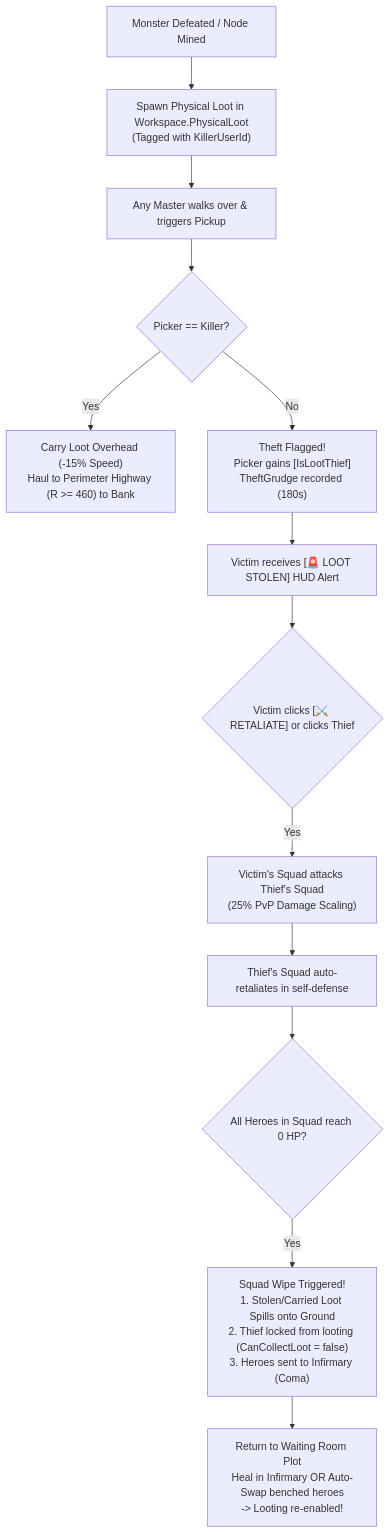
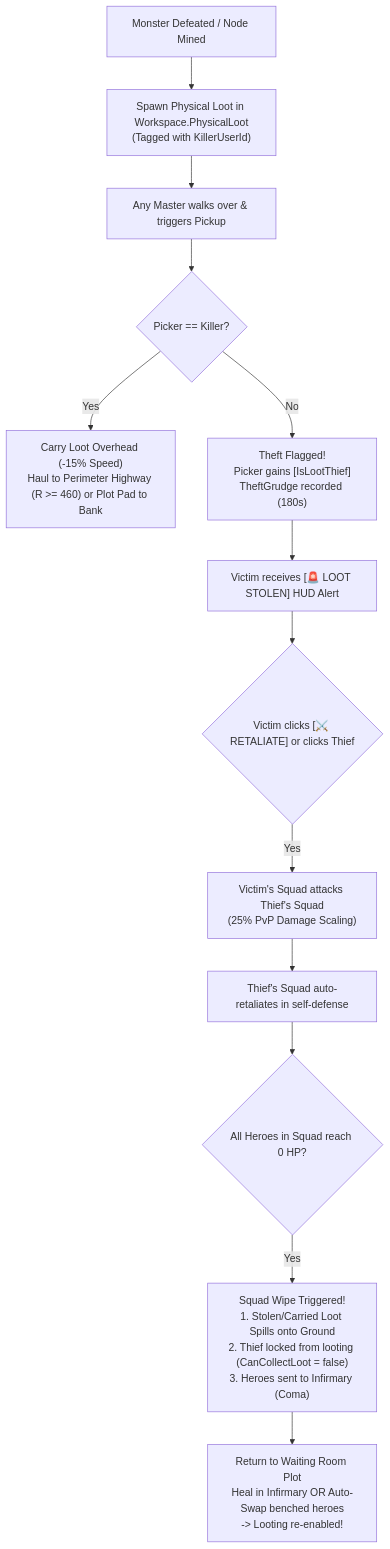
The diagram in PROTOTYPE_DOCUMENTATION.md (Zaimoo/infinite-tower), drawn with Mermaid before and after one commit. The commit also changed other lines of this file and 5 other files, not shown here.

First line of the commit message:
docs: align game design, architecture, economy, and UI docs with current implementation

````diff
--- a/PROTOTYPE_DOCUMENTATION.md
+++ b/PROTOTYPE_DOCUMENTATION.md
@@ -109,20 +155,20 @@
 ```mermaid
 flowchart TD
     MobDeath["Monster Defeated / Node Mined"] --> PhysicalDrop["Spawn Physical Loot in Workspace.PhysicalLoot\n(Tagged with KillerUserId)"]
     PhysicalDrop --> Pickup["Any Master walks over & triggers Pickup"]
     Pickup --> CheckOwner{"Picker == Killer?"}
     
-    CheckOwner -- Yes --> HaulCargo["Carry Loot Overhead (-15% Speed)\nHaul to Perimeter Highway (R >= 460) to Bank"]
+    CheckOwner -- Yes --> HaulCargo["Carry Loot Overhead (-15% Speed)\nHaul to Perimeter Highway (R >= 460) or Plot Pad to Bank"]
     CheckOwner -- No --> LootTheft["Theft Flagged!\nPicker gains [IsLootThief]\nTheftGrudge recorded (180s)"]
     
     LootTheft --> VictimAlert["Victim receives [🚨 LOOT STOLEN] HUD Alert"]
     VictimAlert --> RetaliateAction{"Victim clicks [⚔️ RETALIATE] or clicks Thief"}
     
     RetaliateAction -- Yes --> PvPEngage["Victim's Squad attacks Thief's Squad\n(25% PvP Damage Scaling)"]
     PvPEngage --> MutualDefense["Thief's Squad auto-retaliates in self-defense"]
     
     MutualDefense --> SquadKnockout{"All Heroes in Squad reach 0 HP?"}
     SquadKnockout -- Yes --> SquadWipe["Squad Wipe Triggered!\n1. Stolen/Carried Loot Spills onto Ground\n2. Thief locked from looting (CanCollectLoot = false)\n3. Heroes sent to Infirmary (Coma)"]
     
     SquadWipe --> RecoveryGate["Return to Waiting Room Plot\nHeal in Infirmary OR Auto-Swap benched heroes\n-> Looting re-enabled!"]
 ```
````
